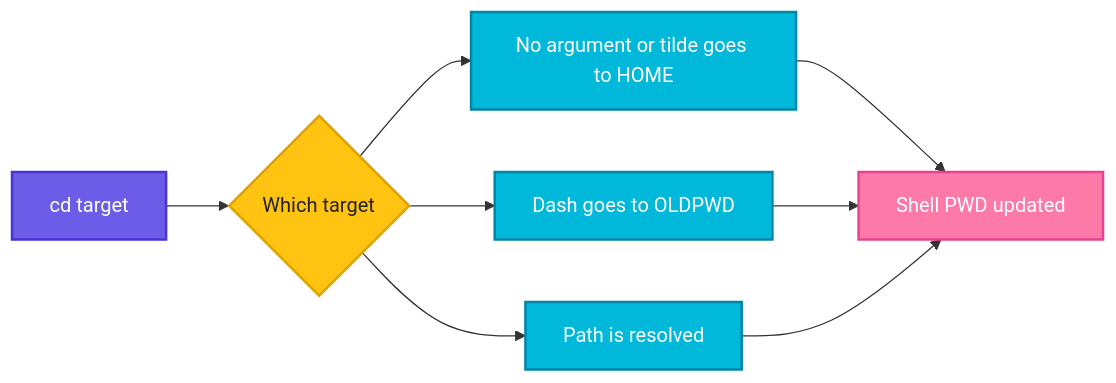
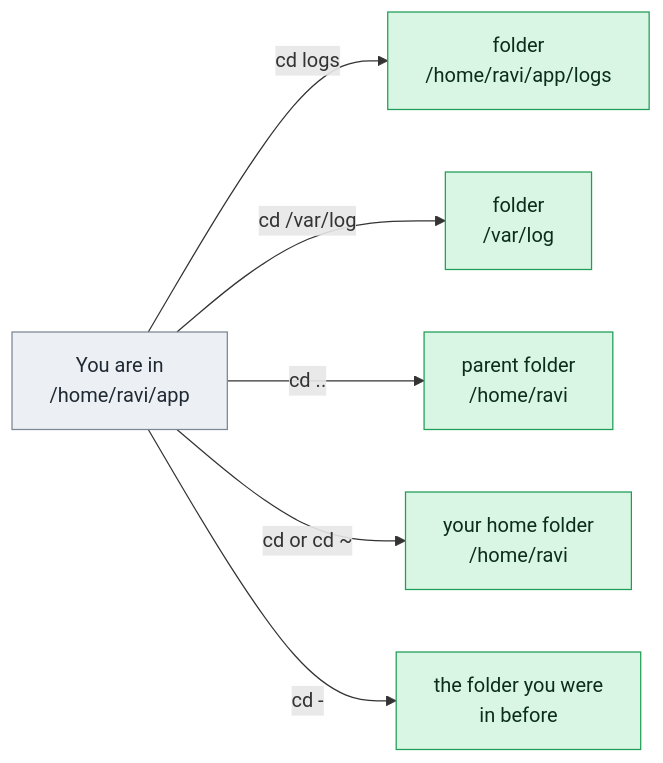
The diagram in linux/file-management/cd.md (codeKerdosTech/DevOps-Documentation), drawn with Mermaid before and after one commit. The commit also changed other lines of this file and 165 other files, not shown here.

Commit message:
updated diagrams in linux

````diff
--- a/linux/file-management/cd.md
+++ b/linux/file-management/cd.md
@@ -17,21 +17,15 @@
 ```mermaid
 flowchart LR
-    A[cd target] --> B{Which target}
-    B --> C[No argument or tilde goes to HOME]
-    B --> D[Dash goes to OLDPWD]
-    B --> E[Path is resolved]
-    C --> F[Shell PWD updated]
-    D --> F
-    E --> F
-    classDef start fill:#6C5CE7,stroke:#4834D4,stroke-width:2px,color:#fff
-    classDef proc fill:#00B8D9,stroke:#0087A8,stroke-width:2px,color:#fff
-    classDef dec fill:#FFC312,stroke:#E1A100,stroke-width:2px,color:#222
-    classDef ok fill:#2ECC71,stroke:#1E8449,stroke-width:2px,color:#fff
-    classDef err fill:#FF4757,stroke:#C0392B,stroke-width:2px,color:#fff
-    classDef out fill:#FD79A8,stroke:#E84393,stroke-width:2px,color:#fff
-    classDef alt fill:#FF9F43,stroke:#E67E22,stroke-width:2px,color:#fff
-    class A start
-    class B dec
-    class C,D,E proc
-    class F out
+    n1[You are in<br/>/home/ravi/app] -->|cd logs| o1[folder<br/>/home/ravi/app/logs]
+    n1 -->|cd /var/log| o2[folder<br/>/var/log]
+    n1 -->|cd ..| o3[parent folder<br/>/home/ravi]
+    n1 -->|cd or cd ~| o4[your home folder<br/>/home/ravi]
+    n1 -->|cd -| o5[the folder you were<br/>in before]
+    classDef inp fill:#DCEBFF,stroke:#2F6FDE,color:#10213F
+    classDef cmd fill:#FFF0C2,stroke:#C98A00,color:#3A2A00
+    classDef out fill:#D9F5E3,stroke:#1F9D55,color:#0B2E1A
+    classDef bad fill:#FDE0E0,stroke:#D13B3B,color:#4A0F0F
+    classDef note fill:#ECEFF3,stroke:#7B8794,color:#1F2933
+    class n1 note
+    class o1,o2,o3,o4,o5 out
 ```
````
